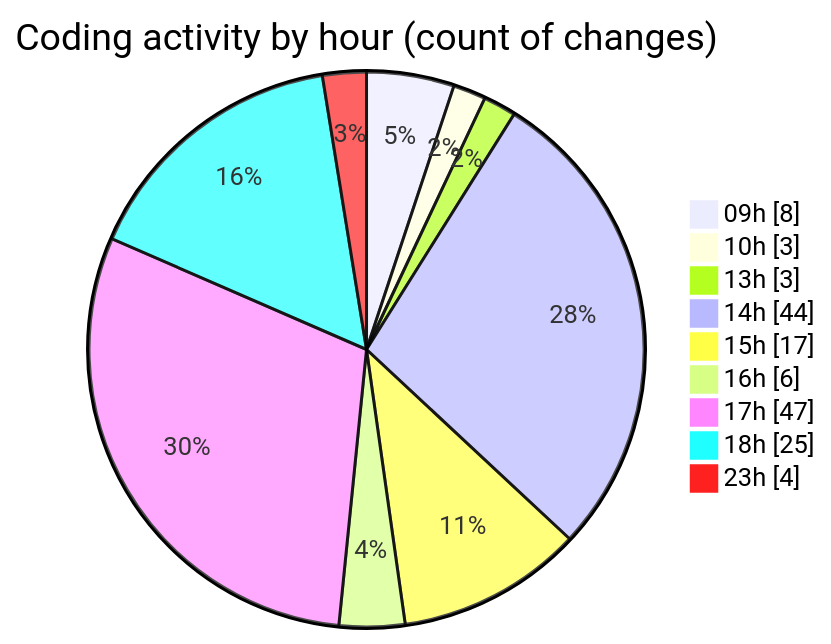
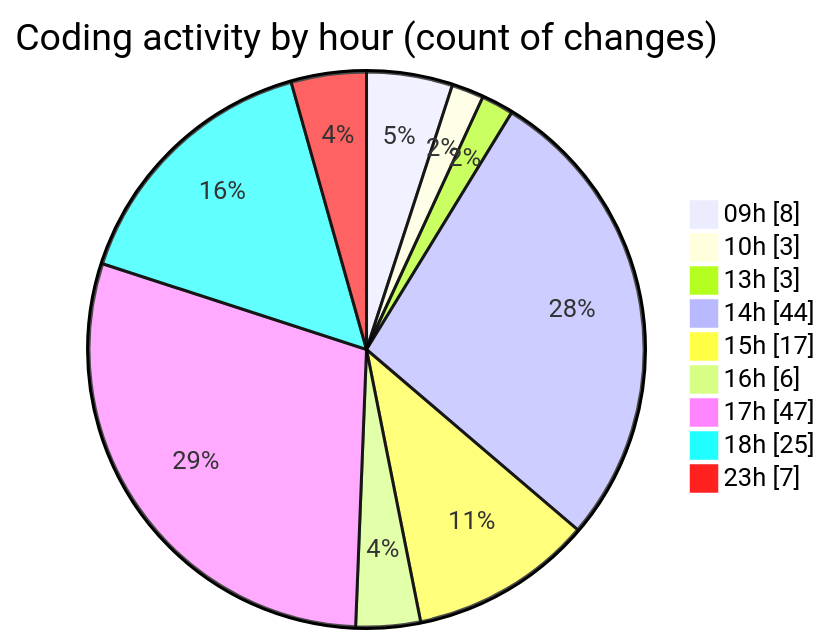
The second of 2 diagrams in 2026-04-09/cda/README.md (momahboobian/code-tracking), drawn with Mermaid before and after one commit. The commit also changed other lines of this file and 1 other file, not shown here.

````diff
--- a/2026-04-09/cda/README.md
+++ b/2026-04-09/cda/README.md
@@ -44,13 +44,13 @@
 ```mermaid
 pie showData
 title Coding activity by hour (count of changes)
 "09h" : 8
 "10h" : 3
 "13h" : 3
 "14h" : 44
 "15h" : 17
 "16h" : 6
 "17h" : 47
 "18h" : 25
-"23h" : 4
+"23h" : 7
 ```
````
